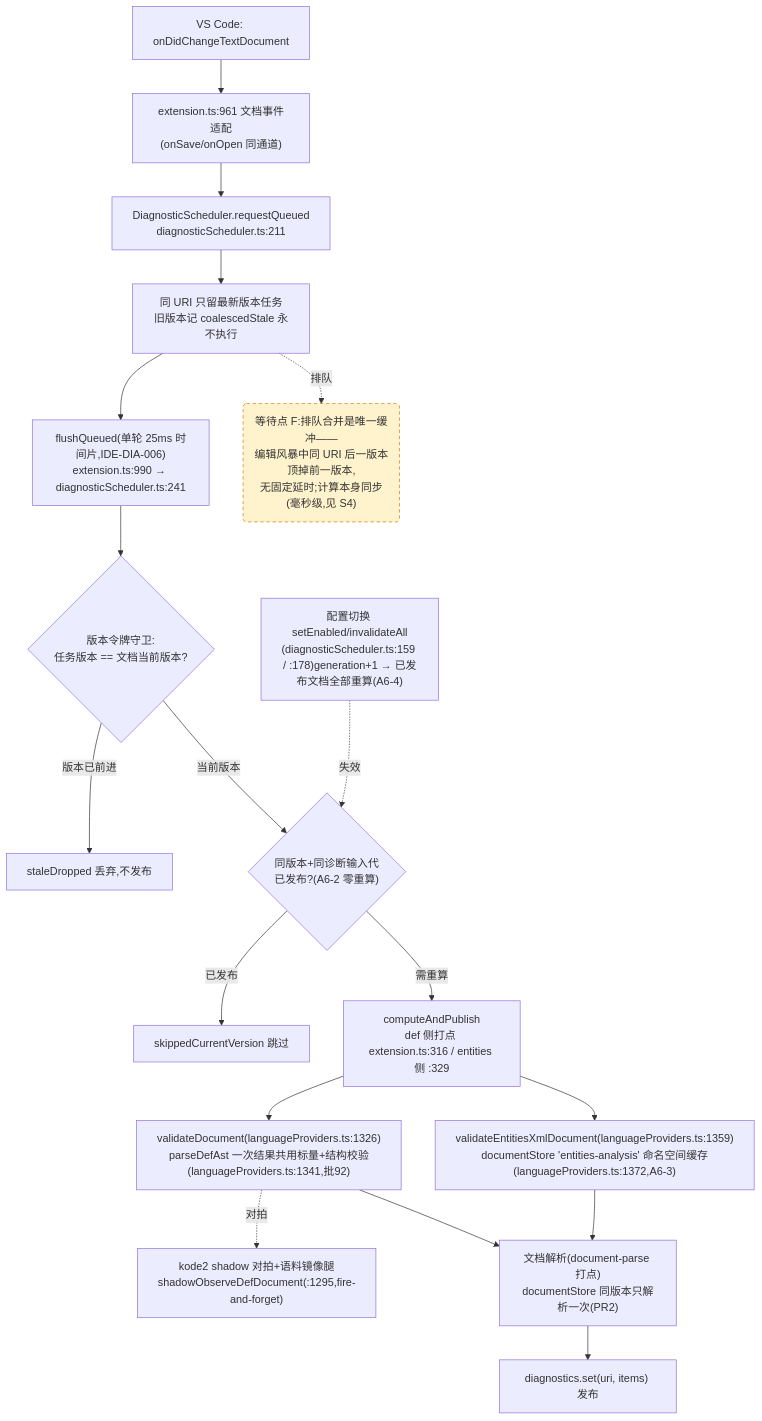
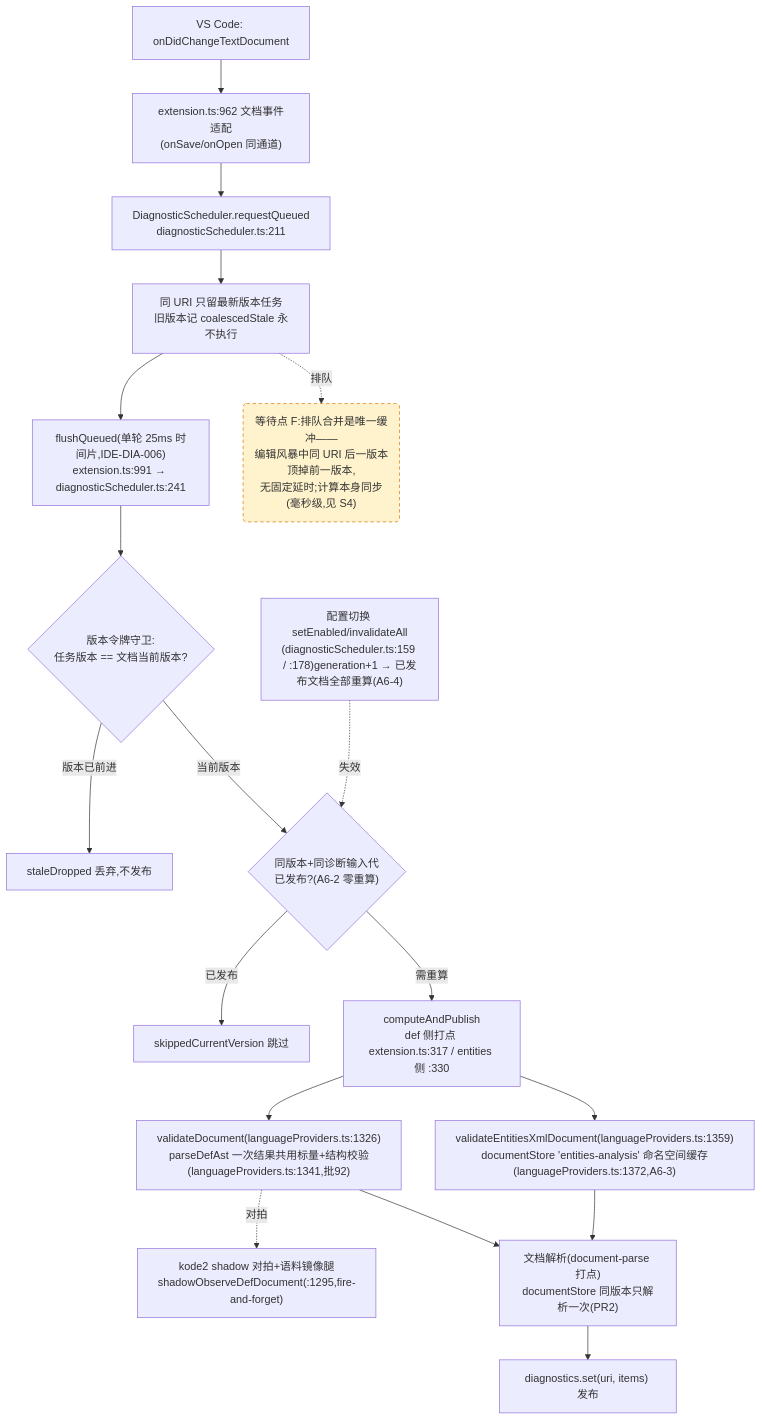
One commit to cuihairu/kode changed the fourth of 4 diagrams in docs/perf/2026-baseline.md. Above: the diagram before and after it, drawn with Mermaid. The commit also changed other lines of this file and 8 other files, not shown here.

````diff
--- a/docs/perf/2026-baseline.md
+++ b/docs/perf/2026-baseline.md
@@ -214,38 +214,38 @@
 ```mermaid
 flowchart TD
   CHG["VS Code: onDidChangeTextDocument"]
-  WATCH["extension.ts:961 文档事件适配<br/>(onSave/onOpen 同通道)"]
+  WATCH["extension.ts:962 文档事件适配<br/>(onSave/onOpen 同通道)"]
   RQ["DiagnosticScheduler.requestQueued<br/>diagnosticScheduler.ts:211"]
   CO["同 URI 只留最新版本任务<br/>旧版本记 coalescedStale 永不执行"]
-  FL["flushQueued(单轮 25ms 时间片,IDE-DIA-006)<br/>extension.ts:990 → diagnosticScheduler.ts:241"]
+  FL["flushQueued(单轮 25ms 时间片,IDE-DIA-006)<br/>extension.ts:991 → diagnosticScheduler.ts:241"]
   VG{"版本令牌守卫:<br/>任务版本 == 文档当前版本?"}
   DROP["staleDropped 丢弃,不发布"]
   GEN{"同版本+同诊断输入代<br/>已发布?(A6-2 零重算)"}
   SKIP["skippedCurrentVersion 跳过"]
-  CALC["computeAndPublish<br/>def 侧打点 extension.ts:316 / entities 侧 :329"]
+  CALC["computeAndPublish<br/>def 侧打点 extension.ts:317 / entities 侧 :330"]
   VD["validateDocument(languageProviders.ts:1326)<br/>parseDefAst 一次结果共用标量+结构校验(languageProviders.ts:1341,批92)"]
   VEX["validateEntitiesXmlDocument(languageProviders.ts:1359)<br/>documentStore 'entities-analysis' 命名空间缓存(languageProviders.ts:1372,A6-3)"]
   SHDD["kode2 shadow 对拍+语料镜像腿<br/>shadowObserveDefDocument(:1295,fire-and-forget)"]
   DS["文档解析(document-parse 打点)<br/>documentStore 同版本只解析一次(PR2)"]
   PUB["diagnostics.set(uri, items) 发布"]
   CFG2["配置切换 setEnabled/invalidateAll<br/>(diagnosticScheduler.ts:159 / :178)generation+1 → 已发布文档全部重算(A6-4)"]
 
   CHG --> WATCH --> RQ --> CO --> FL --> VG
   VG -- "版本已前进" --> DROP
   VG -- "当前版本" --> GEN
   GEN -- "已发布" --> SKIP
   GEN -- "需重算" --> CALC
   CALC --> VD
   CALC --> VEX
   VD --> DS
   VEX --> DS
   DS --> PUB
   VD -.->|对拍| SHDD
   CFG2 -.->|失效| GEN
 
   WAITF("等待点 F:排队合并是唯一缓冲——<br/>编辑风暴中同 URI 后一版本顶掉前一版本,<br/>无固定延时;计算本身同步(毫秒级,见 S4)")
   CO -.->|排队| WAITF
 
   classDef waitPoint fill:#fff3cd,stroke:#d97706,stroke-dasharray:5 4;
   class WAITF waitPoint;
 ```
````
